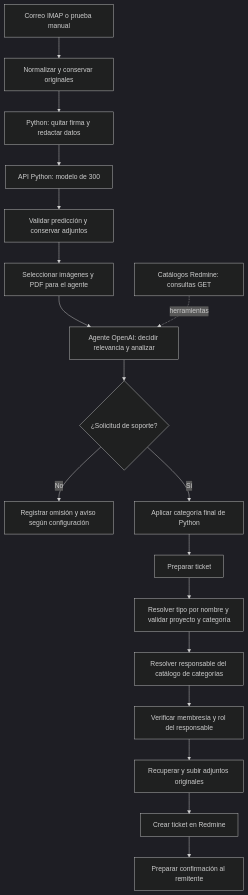
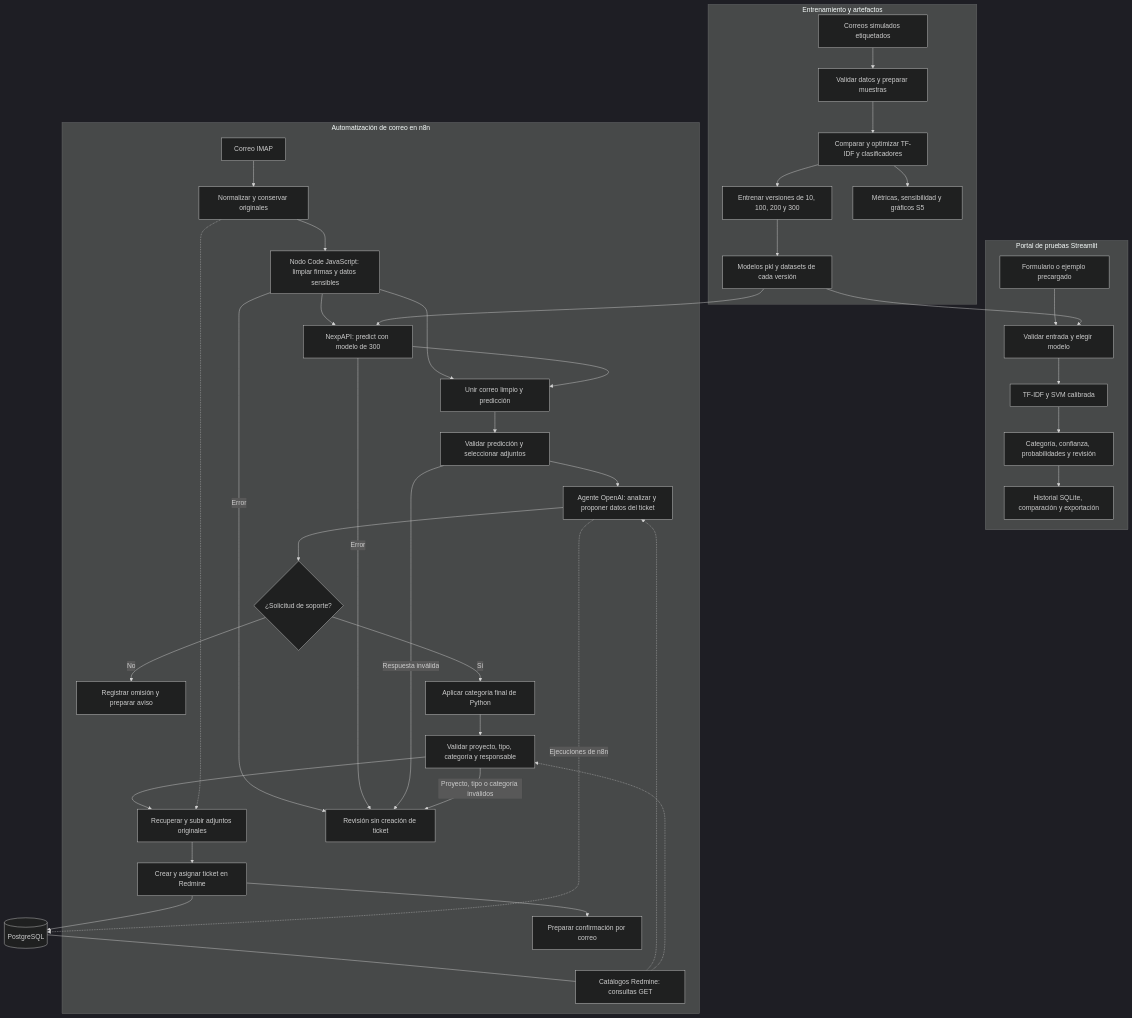
One commit to n8nmquito/ProyectoIA changed the diagram in python/docs/arquitectura.md. Above: the diagram before and after it, drawn with Mermaid (dark theme). The commit also changed other lines of this file and 3 other files, not shown here.

Commit message:
Alinea arquitectura con los cinco apartados y despliegue NexpAPI actual

````diff
--- a/python/docs/arquitectura.md
+++ b/python/docs/arquitectura.md
@@ -158,20 +52,47 @@
 ```mermaid
 flowchart TD
-    M[Correo IMAP o prueba manual] --> N[Normalizar y conservar originales]
-    N --> L[Python: quitar firma y redactar datos]
-    L --> P[API Python: modelo de 300]
-    P --> B[Validar predicción y conservar adjuntos]
-    B --> S[Seleccionar imágenes y PDF para el agente]
-    S --> A[Agente OpenAI: decidir relevancia y analizar]
-    R[Catálogos Redmine: consultas GET] -. herramientas .-> A
-    A --> D{¿Solicitud de soporte?}
-    D -->|No| O[Registrar omisión y aviso según configuración]
-    D -->|Sí| C[Aplicar categoría final de Python]
-    C --> T[Preparar ticket]
-    T --> V[Resolver tipo por nombre y validar proyecto y categoría]
-    V --> Q[Resolver responsable del catálogo de categorías]
-    Q --> U[Verificar membresía y rol del responsable]
-    U --> F[Recuperar y subir adjuntos originales]
-    F --> K[Crear ticket en Redmine]
-    K --> E[Preparar confirmación al remitente]
+    subgraph Entrenamiento[Entrenamiento y artefactos]
+        DS["Correos simulados etiquetados"] --> VAL["Validar datos y preparar muestras"]
+        VAL --> OPT["Comparar y optimizar TF-IDF y clasificadores"]
+        OPT --> FIT["Entrenar versiones de 10, 100, 200 y 300"]
+        FIT --> MOD["Modelos pkl y datasets de cada versión"]
+        OPT --> REP["Métricas, sensibilidad y gráficos S5"]
+    end
+
+    subgraph Portal[Portal de pruebas Streamlit]
+        WEB["Formulario o ejemplo precargado"] --> SEL["Validar entrada y elegir modelo"]
+        MOD --> SEL
+        SEL --> INF["TF-IDF y SVM calibrada"]
+        INF --> OUT["Categoría, confianza, probabilidades y revisión"]
+        OUT --> HIST["Historial SQLite, comparación y exportación"]
+    end
+
+    subgraph Automatizacion[Automatización de correo en n8n]
+        IMAP["Correo IMAP"] --> NOR["Normalizar y conservar originales"]
+        NOR --> CLEAN["Nodo Code JavaScript: limpiar firmas y datos sensibles"]
+        CLEAN --> API["NexpAPI: predict con modelo de 300"]
+        MOD --> API
+        CLEAN --> MERGE["Unir correo limpio y predicción"]
+        API --> MERGE
+        MERGE --> ATT["Validar predicción y seleccionar adjuntos"]
+        ATT --> AG["Agente OpenAI: analizar y proponer datos del ticket"]
+        CAT["Catálogos Redmine: consultas GET"] -.-> AG
+        AG --> REL{"¿Solicitud de soporte?"}
+        REL -->|No| OMIT["Registrar omisión y preparar aviso"]
+        REL -->|Sí| FINAL["Aplicar categoría final de Python"]
+        FINAL --> CHECK["Validar proyecto, tipo, categoría y responsable"]
+        CAT -.-> CHECK
+        CHECK --> FILES["Recuperar y subir adjuntos originales"]
+        NOR -.-> FILES
+        FILES --> RM["Crear y asignar ticket en Redmine"]
+        RM --> MAIL["Preparar confirmación por correo"]
+        CLEAN -->|Error| REVIEW["Revisión sin creación de ticket"]
+        API -->|Error| REVIEW
+        ATT -->|Respuesta inválida| REVIEW
+        CHECK -->|Proyecto, tipo o categoría inválidos| REVIEW
+    end
+
+    PG[(PostgreSQL)] --- CAT
+    RM --> PG
+    AG -. "Ejecuciones de n8n" .-> PG
 ```
````
